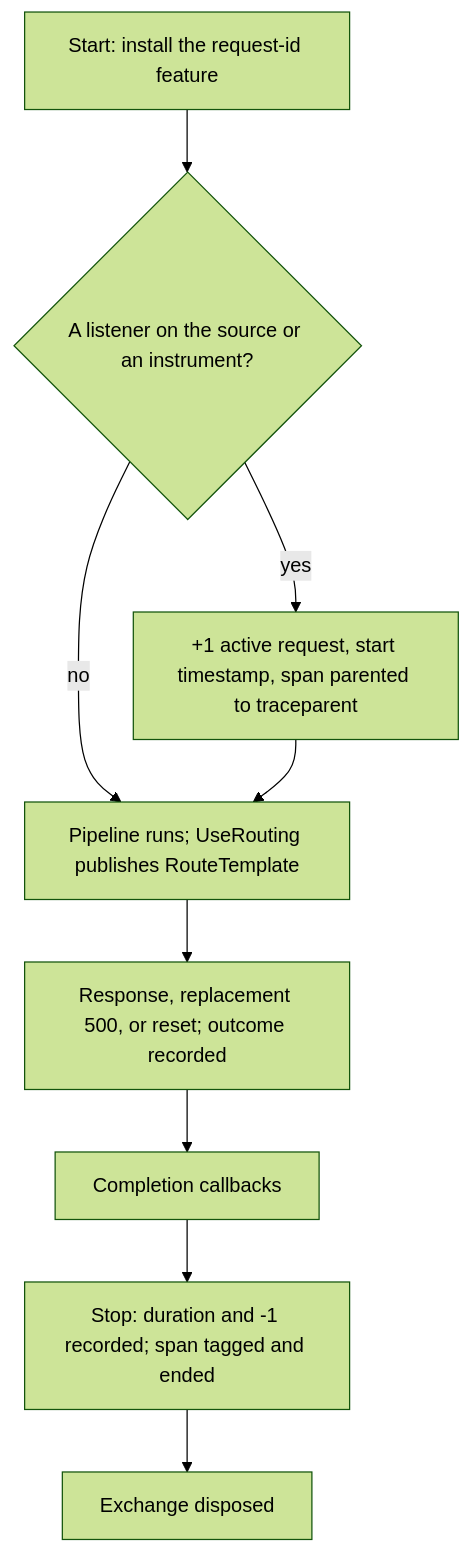
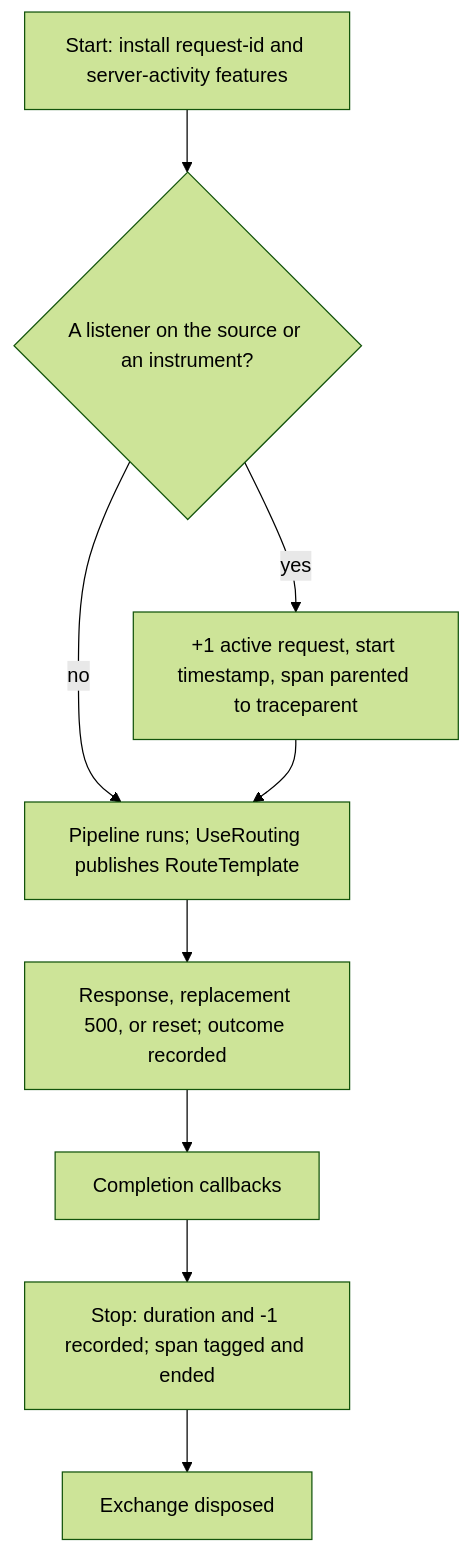
One commit to assimalign/cohesion-docs changed the fourth of 5 diagrams in docs/dotnet-apis/resources/web/assimalign-cohesion-web-hosting/design.md. Above: the diagram before and after it, drawn with Mermaid (forest theme). The commit also changed other lines of this file and 107 other files, not shown here.

````diff
--- a/docs/dotnet-apis/resources/web/assimalign-cohesion-web-hosting/design.md
+++ b/docs/dotnet-apis/resources/web/assimalign-cohesion-web-hosting/design.md
@@ -574,11 +606,11 @@
 ```mermaid
 flowchart TD
-    Start["Start: install the request-id feature"] --> Check{"A listener on the source or an instrument?"}
+    Start["Start: install request-id and server-activity features"] --> Check{"A listener on the source or an instrument?"}
     Check -->|"no"| Pipeline["Pipeline runs; UseRouting publishes RouteTemplate"]
     Check -->|"yes"| Begin["+1 active request, start timestamp, span parented to traceparent"]
     Begin --> Pipeline
     Pipeline --> Finalize["Response, replacement 500, or reset; outcome recorded"]
     Finalize --> Callbacks["Completion callbacks"]
     Callbacks --> Stop["Stop: duration and -1 recorded; span tagged and ended"]
     Stop --> Dispose["Exchange disposed"]
 ```
````
